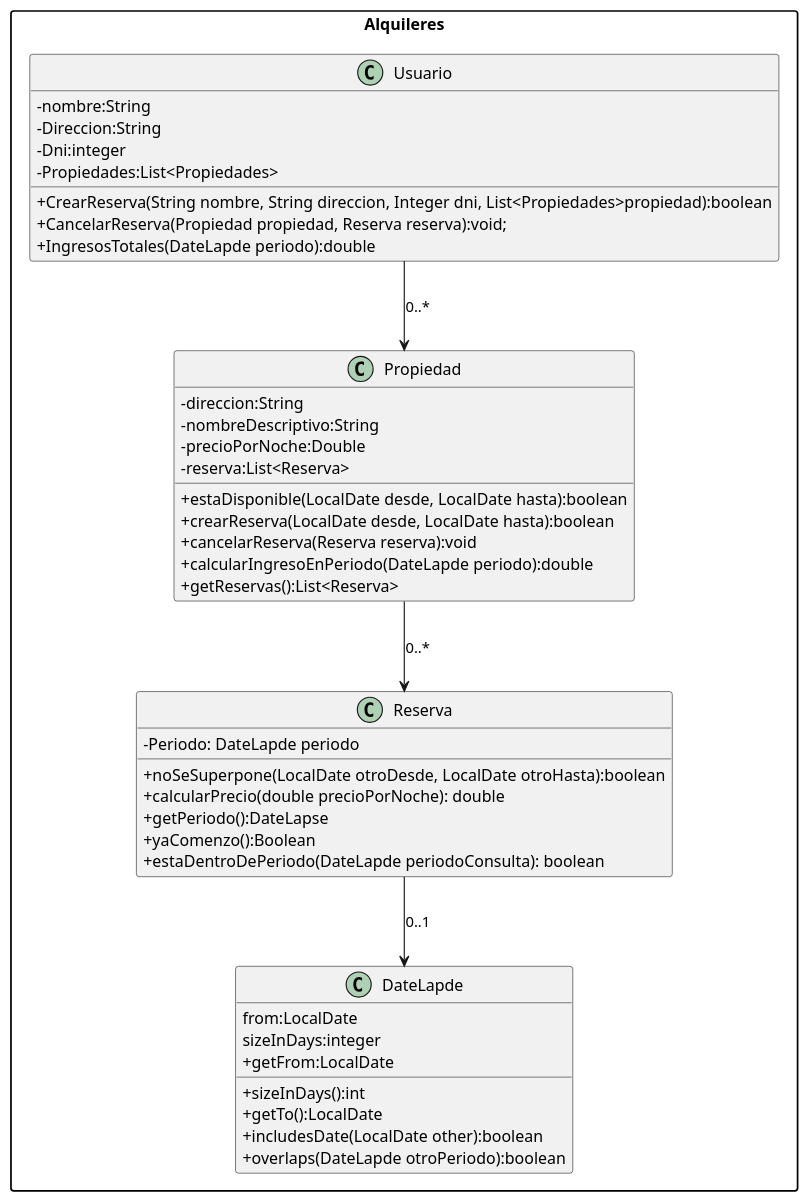
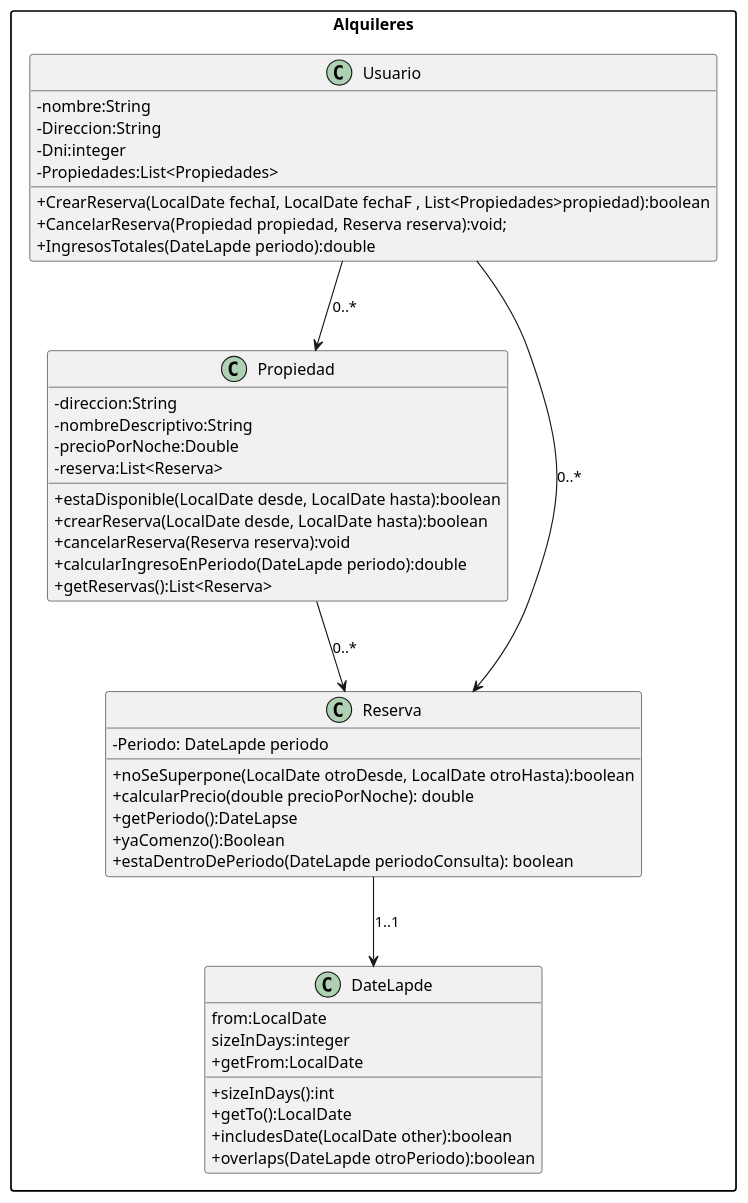
One commit to ValentinoKvolek/OO1 changed the diagram in EJER19/src/main/java/org/example/ejer19.puml. Above: the diagram before and after it, drawn with PlantUML. The commit also changed 71 other files, not shown here.

```diff
--- a/EJER19/src/main/java/org/example/ejer19.puml
+++ b/EJER19/src/main/java/org/example/ejer19.puml
@@ -1,62 +1,63 @@
 @startumlS
 skinparam packageStyle rectangle
 skinparam classAttributeIconSize 0
 skinparam stereotypeFontColor #555555
 skinparam stereotypeCBackgroundColor #F2F2F2
 skinparam stereotypeCBorderColor #BBBBBB
 package "Alquileres" {
 
     class Usuario{
         -nombre:String
         -Direccion:String
         -Dni:integer
         -Propiedades:List<Propiedades>
-        +CrearReserva(String nombre, String direccion, Integer dni, List<Propiedades>propiedad):boolean
+        +CrearReserva(LocalDate fechaI, LocalDate fechaF , List<Propiedades>propiedad):boolean
         +CancelarReserva(Propiedad propiedad, Reserva reserva):void;
         +IngresosTotales(DateLapde periodo):double
     }
 
     class Propiedad{
         -direccion:String
         -nombreDescriptivo:String
         -precioPorNoche:Double
         -reserva:List<Reserva>
         +estaDisponible(LocalDate desde, LocalDate hasta):boolean
         +crearReserva(LocalDate desde, LocalDate hasta):boolean
         +cancelarReserva(Reserva reserva):void
         +calcularIngresoEnPeriodo(DateLapde periodo):double
         +getReservas():List<Reserva>
     }
 
     class Reserva {
         -Periodo: DateLapde periodo
         +noSeSuperpone(LocalDate otroDesde, LocalDate otroHasta):boolean
         +calcularPrecio(double precioPorNoche): double
         +getPeriodo():DateLapse
         +yaComenzo():Boolean
         +estaDentroDePeriodo(DateLapde periodoConsulta): boolean
     }
 
     class DateLapde{
         from:LocalDate
         sizeInDays:integer
         +sizeInDays():int
         +getFrom:LocalDate
         +getTo():LocalDate
         +includesDate(LocalDate other):boolean
         +overlaps(DateLapde otroPeriodo):boolean
     }
 
 
     Usuario --> Propiedad :0..*
 
+    Usuario --> Reserva :0..*
+
     Propiedad --> Reserva :0..*
 
-    Reserva --> DateLapde :0..1
-
+    Reserva --> DateLapde :1..1
 
 
 
 }
 
 @enduml
```
